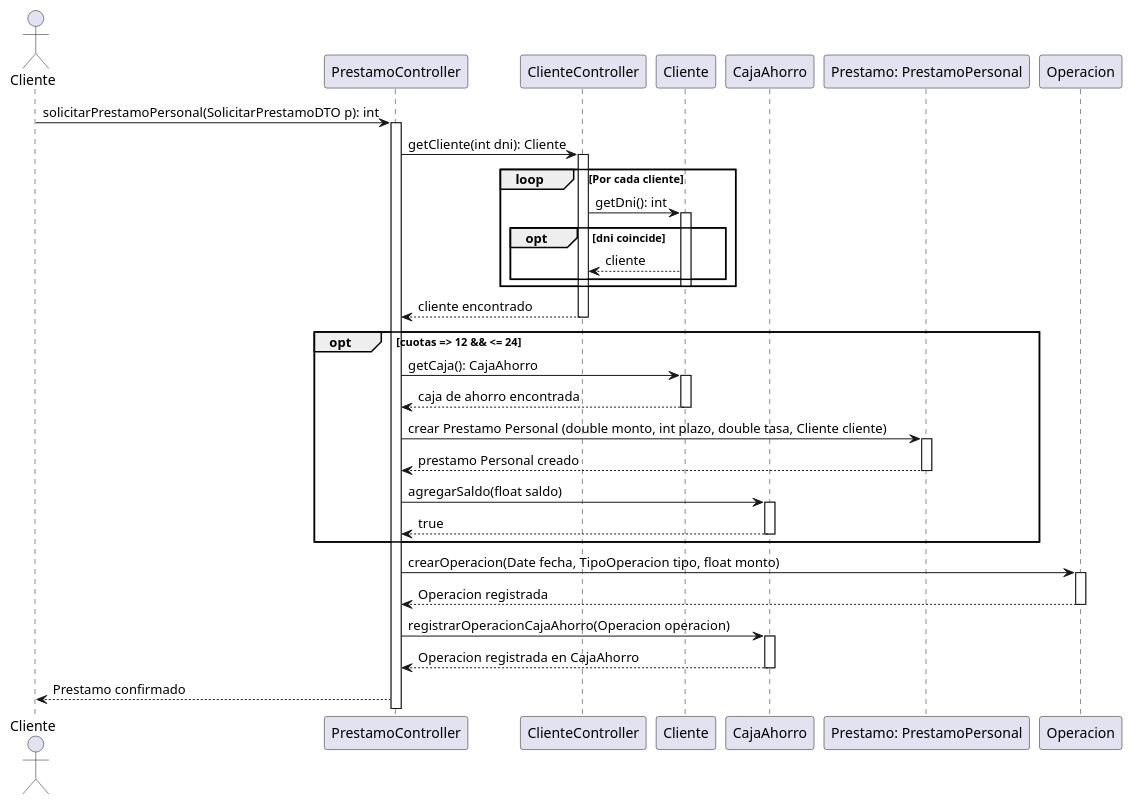
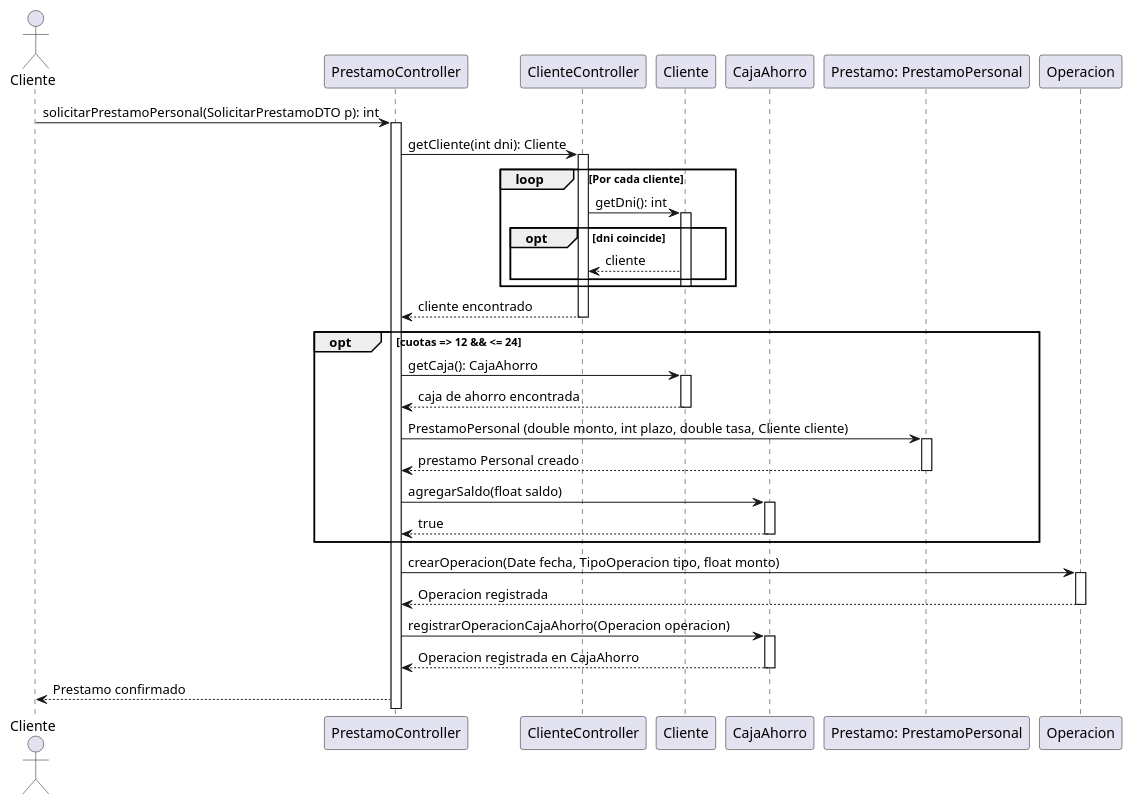
One commit to CoachEmilio/FinalAdelantadoPOO changed the diagram in src/main/java/org/uade/diagrams/SolicitarPrestamoPersonal.puml. Above: the diagram before and after it, drawn with PlantUML.

Commit message:
3rd Refactor Sequence diagram PrestamoPersonal

```diff
--- a/src/main/java/org/uade/diagrams/SolicitarPrestamoPersonal.puml
+++ b/src/main/java/org/uade/diagrams/SolicitarPrestamoPersonal.puml
@@ -1,56 +1,56 @@
 @startuml
 actor Cliente
 participant "PrestamoController" as PC
 participant "ClienteController" as CC
 participant "Cliente" as C
 participant "CajaAhorro" as CA
 participant "Prestamo: PrestamoPersonal" as P
 participant "Operacion" as O
 
 Cliente -> PC: solicitarPrestamoPersonal(SolicitarPrestamoDTO p): int
 activate PC
 
 PC -> CC: getCliente(int dni): Cliente
 activate CC
 
 loop Por cada cliente
     CC -> C: getDni(): int
     activate C
     opt dni coincide
         CC <-- C: cliente
     end
     deactivate C
 end
 
 CC --> PC: cliente encontrado
 deactivate CC
 
 opt cuotas => 12 && <= 24
     PC -> C: getCaja(): CajaAhorro
     activate C
     C --> PC: caja de ahorro encontrada
     deactivate C
 
-    PC -> P: crear Prestamo Personal (double monto, int plazo, double tasa, Cliente cliente)
+    PC -> P: PrestamoPersonal (double monto, int plazo, double tasa, Cliente cliente)
     activate P
     PC <-- P: prestamo Personal creado
     deactivate P
 
     PC -> CA: agregarSaldo(float saldo)
     activate CA
     CA --> PC: true
     deactivate CA
 end
 PC -> O: crearOperacion(Date fecha, TipoOperacion tipo, float monto)
 activate O
 O --> PC: Operacion registrada
 deactivate O
 
 PC -> CA : registrarOperacionCajaAhorro(Operacion operacion)
 activate CA
 CA --> PC: Operacion registrada en CajaAhorro
 deactivate CA
 
 
 PC --> Cliente: Prestamo confirmado
 @enduml
```
